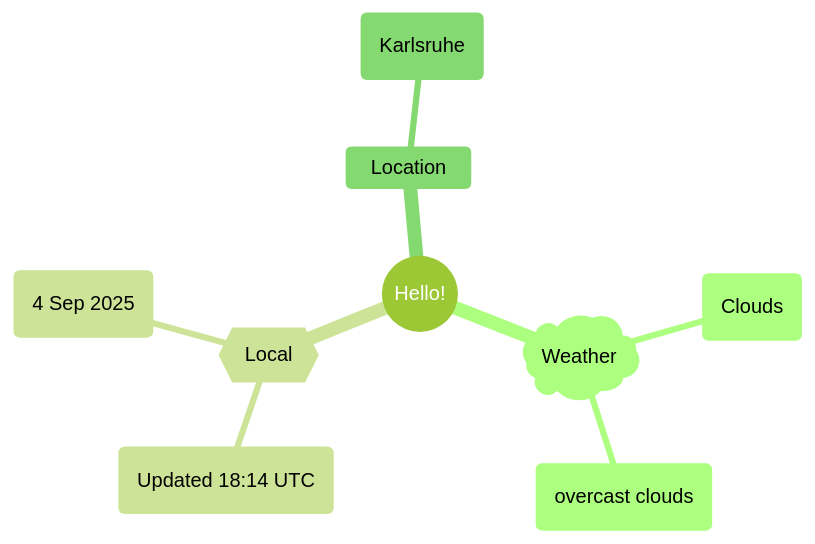
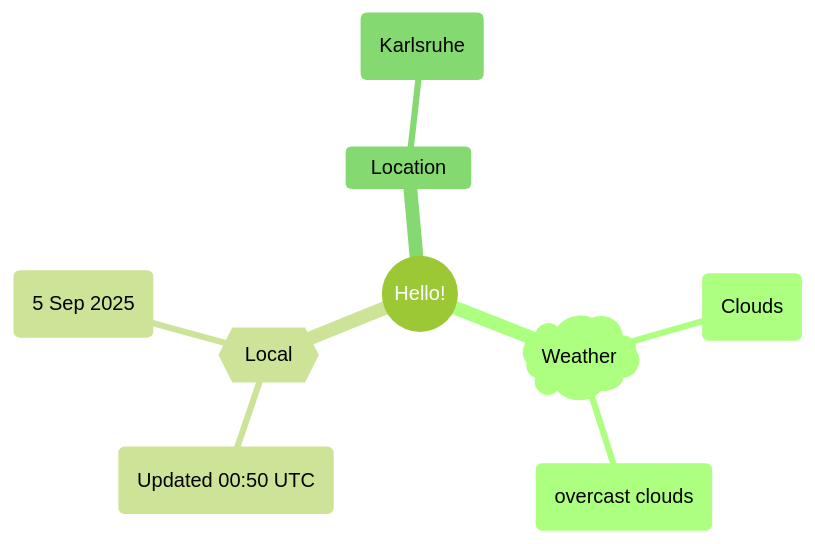
Before and after one commit to Xosrov/Xosrov: the first of 2 diagrams in README.md, drawn with Mermaid (forest theme).

Commit message:
[bot] updated images

````diff
--- a/README.md
+++ b/README.md
@@ -3,12 +3,12 @@
 ```mermaid
 mindmap
   root((Hello!))
     )Weather(
         (Clouds)
         (overcast clouds)
     {{Local}}
-        (Updated 18:14 UTC)
-        (4 Sep 2025)
+        (Updated 00:50 UTC)
+        (5 Sep 2025)
     Location
         (Karlsruhe)
 ```
````
